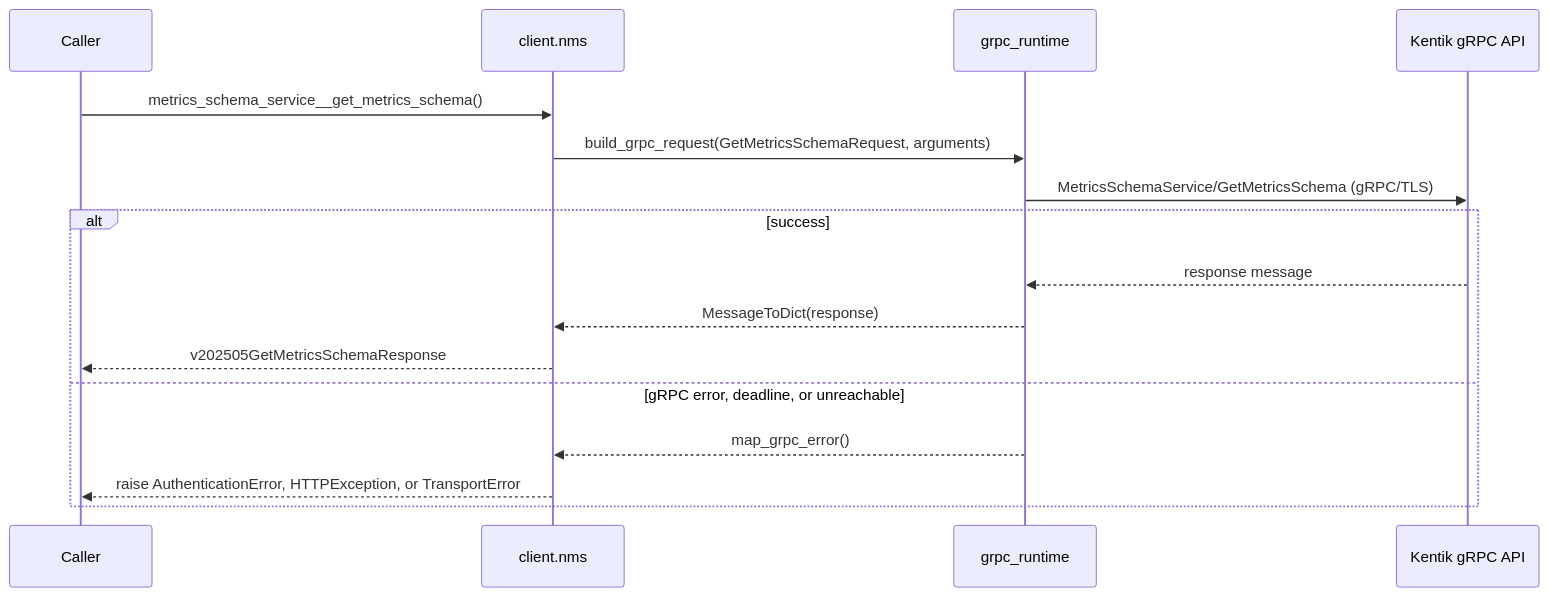
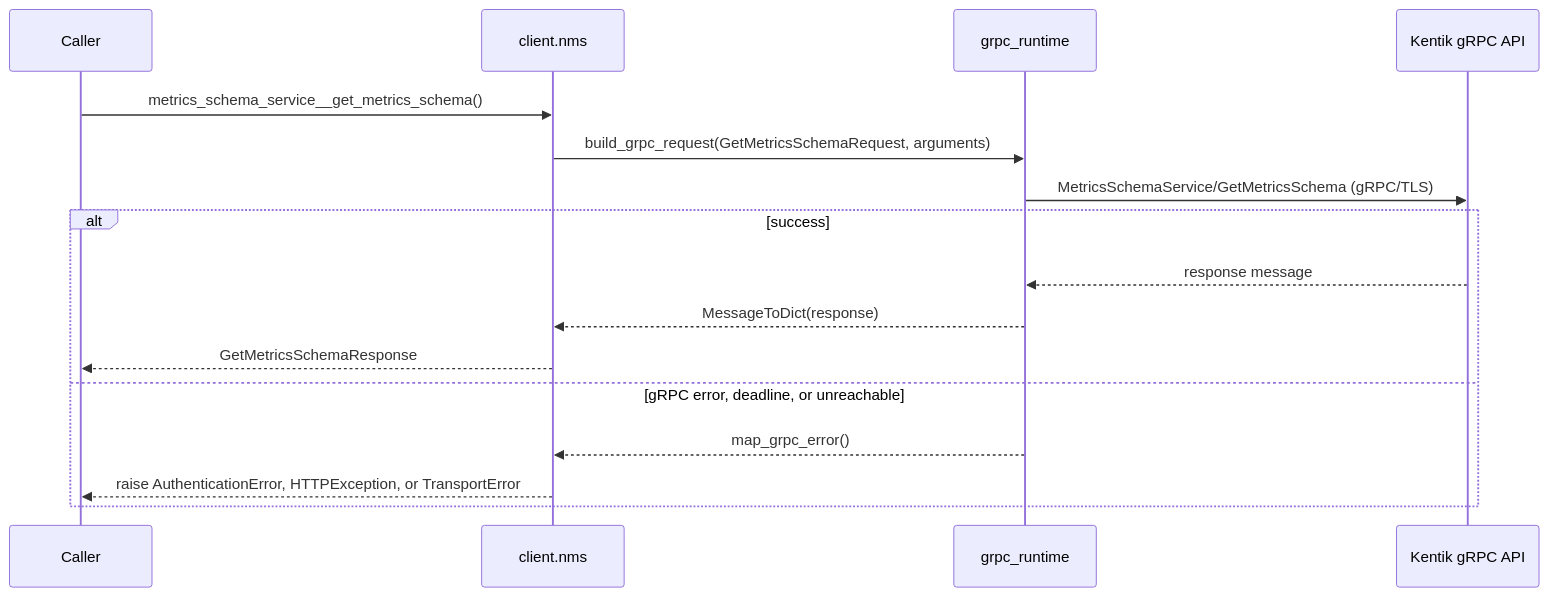
Before and after one commit to alexdearaujo/community_sdk_python: the third of 4 diagrams in docs/sphinx/services/nms.md, drawn with Mermaid. The commit also changed other lines of this file and 38 other files, not shown here.

````diff
--- a/docs/sphinx/services/nms.md
+++ b/docs/sphinx/services/nms.md
@@ -55,19 +55,19 @@
 ```mermaid
 sequenceDiagram
     participant C as Caller
     participant W as client.nms
     participant R as grpc_runtime
     participant API as Kentik gRPC API
 
     C->>W: metrics_schema_service__get_metrics_schema()
     W->>R: build_grpc_request(GetMetricsSchemaRequest, arguments)
     R->>API: MetricsSchemaService/GetMetricsSchema (gRPC/TLS)
     alt success
         API-->>R: response message
         R-->>W: MessageToDict(response)
-        W-->>C: v202505GetMetricsSchemaResponse
+        W-->>C: GetMetricsSchemaResponse
     else gRPC error, deadline, or unreachable
         R-->>W: map_grpc_error()
         W-->>C: raise AuthenticationError, HTTPException, or TransportError
     end
 ```
````
